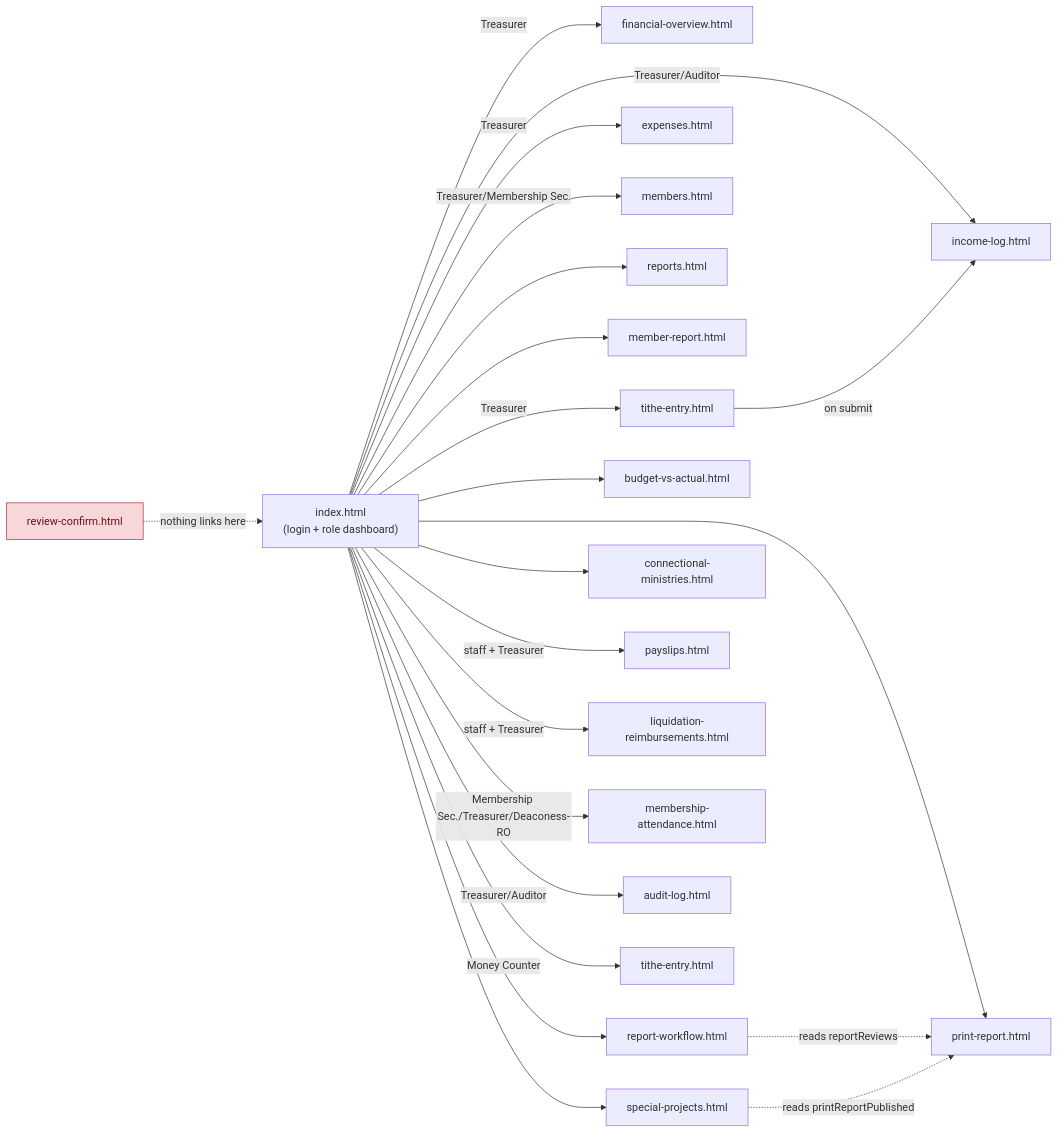
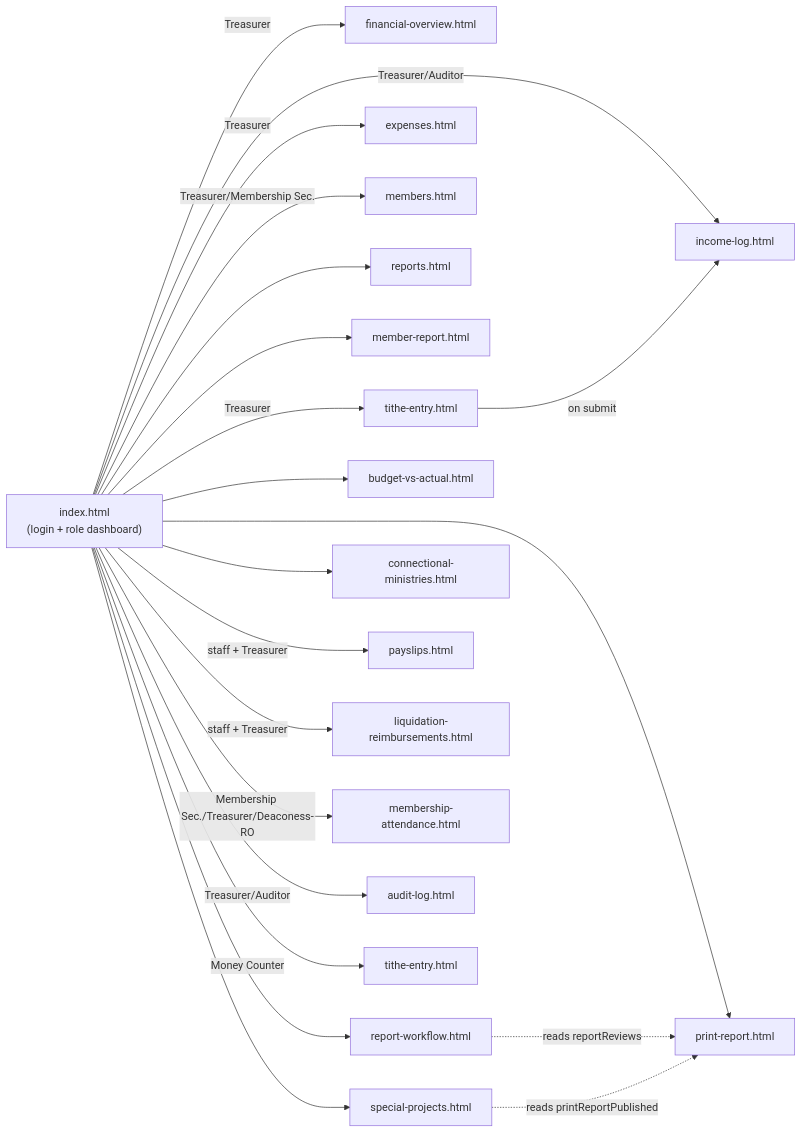
The first of 4 diagrams in ARCHITECTURE-REVIEW.md (darreljake/Gracebooks), drawn with Mermaid before and after one commit. The commit also changed other lines of this file and 4 other files, not shown here.

````diff
--- a/ARCHITECTURE-REVIEW.md
+++ b/ARCHITECTURE-REVIEW.md
@@ -131,27 +131,25 @@
 ```mermaid
 flowchart LR
     Login["index.html\n(login + role dashboard)"]
     Login -->|Treasurer| FO[financial-overview.html]
     Login -->|Treasurer| TE[tithe-entry.html]
     Login -->|Treasurer| EX[expenses.html]
     Login -->|Treasurer/Membership Sec.| MB[members.html]
     Login --> RP[reports.html]
     Login --> MR[member-report.html]
     Login --> RW[report-workflow.html]
     Login -->|Treasurer/Auditor| IL[income-log.html]
     Login --> PR[print-report.html]
     Login --> BVA[budget-vs-actual.html]
     Login --> SP[special-projects.html]
     Login --> CM[connectional-ministries.html]
     Login -->|staff + Treasurer| PS[payslips.html]
     Login -->|staff + Treasurer| LR[liquidation-reimbursements.html]
     Login -->|Membership Sec./Treasurer/Deaconess-RO| MA[membership-attendance.html]
     Login -->|Treasurer/Auditor| AL[audit-log.html]
     Login -->|Money Counter| TE2[tithe-entry.html]
 
     TE -->|on submit| IL
     RW -.->|reads reportReviews| PR
     SP -.->|reads printReportPublished| PR
-    RC[review-confirm.html]:::dead -.->|nothing links here| Login
-    classDef dead fill:#f8d7da,stroke:#a93226,color:#611
 ```
````
